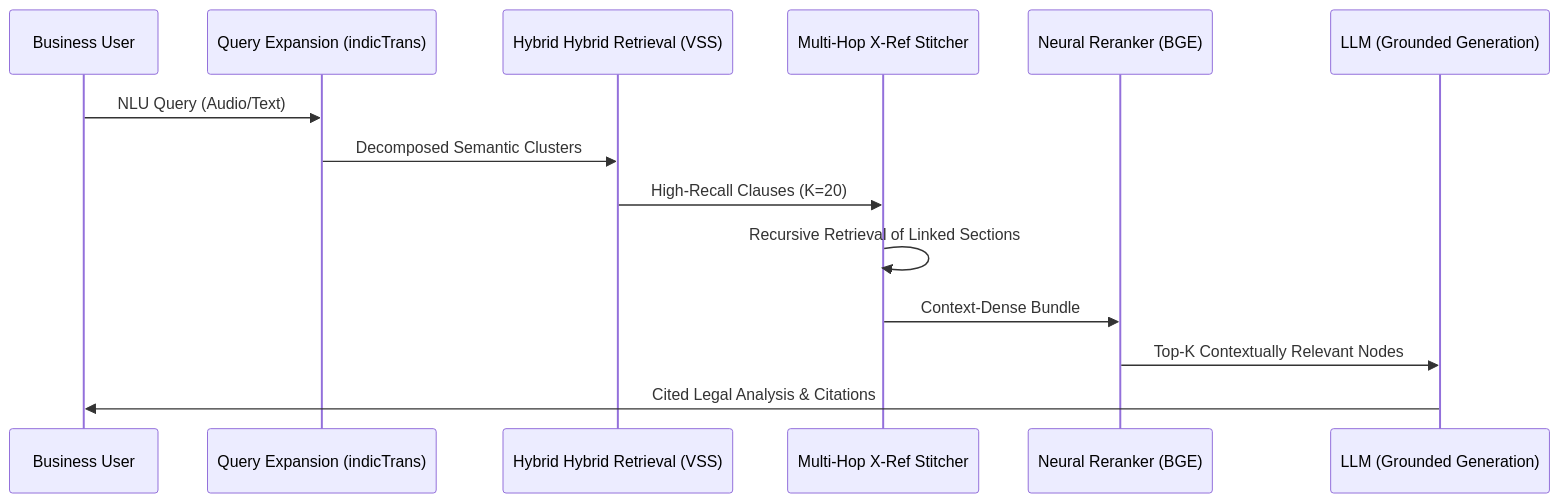
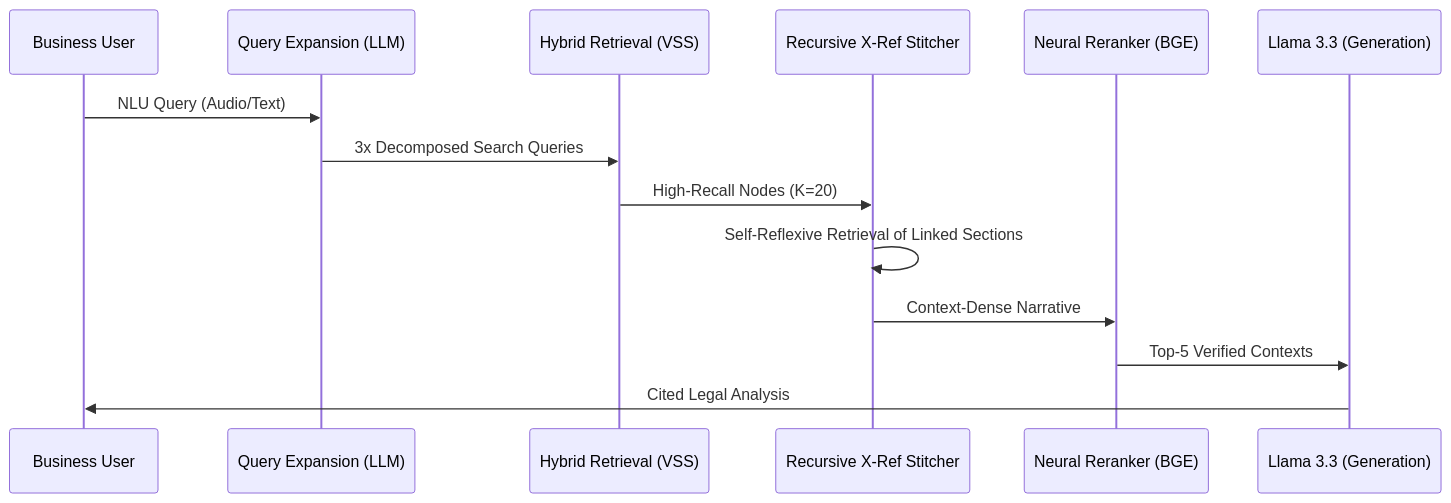
The second of 2 diagrams in README.md (hardikhazari/ArthaNeeti), drawn with Mermaid before and after one commit. The commit also changed other lines of this file and 3 other files, not shown here.

Commit message:
Supreme Update: Full alignment with README, Multi-Hop Stitching, Query Expansion, and MLflow logging

````diff
--- a/README.md
+++ b/README.md
@@ -91,17 +91,17 @@
 ```mermaid
 sequenceDiagram
     participant U as Business User
-    participant Q as Query Expansion (indicTrans)
-    participant R as Hybrid Hybrid Retrieval (VSS)
-    participant S as Multi-Hop X-Ref Stitcher
+    participant E as Query Expansion (LLM)
+    participant R as Hybrid Retrieval (VSS)
+    participant S as Recursive X-Ref Stitcher
     participant K as Neural Reranker (BGE)
-    participant L as LLM (Grounded Generation)
+    participant L as Llama 3.3 (Generation)
 
-    U->>Q: NLU Query (Audio/Text)
-    Q->>R: Decomposed Semantic Clusters
-    R->>S: High-Recall Clauses (K=20)
-    S->>S: Recursive Retrieval of Linked Sections
-    S->>K: Context-Dense Bundle
-    K->>L: Top-K Contextually Relevant Nodes
-    L->>U: Cited Legal Analysis & Citations
+    U->>E: NLU Query (Audio/Text)
+    E->>R: 3x Decomposed Search Queries
+    R->>S: High-Recall Nodes (K=20)
+    S->>S: Self-Reflexive Retrieval of Linked Sections
+    S->>K: Context-Dense Narrative
+    K->>L: Top-5 Verified Contexts
+    L->>U: Cited Legal Analysis
 ```
````
